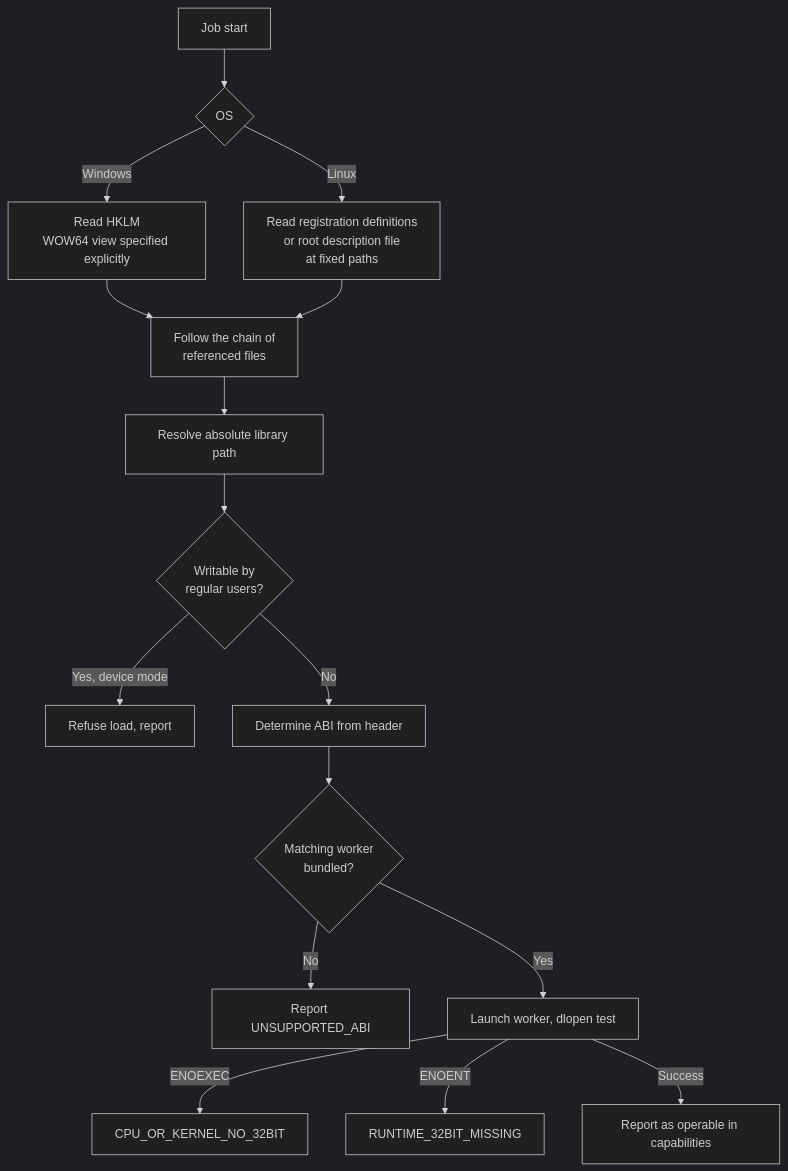
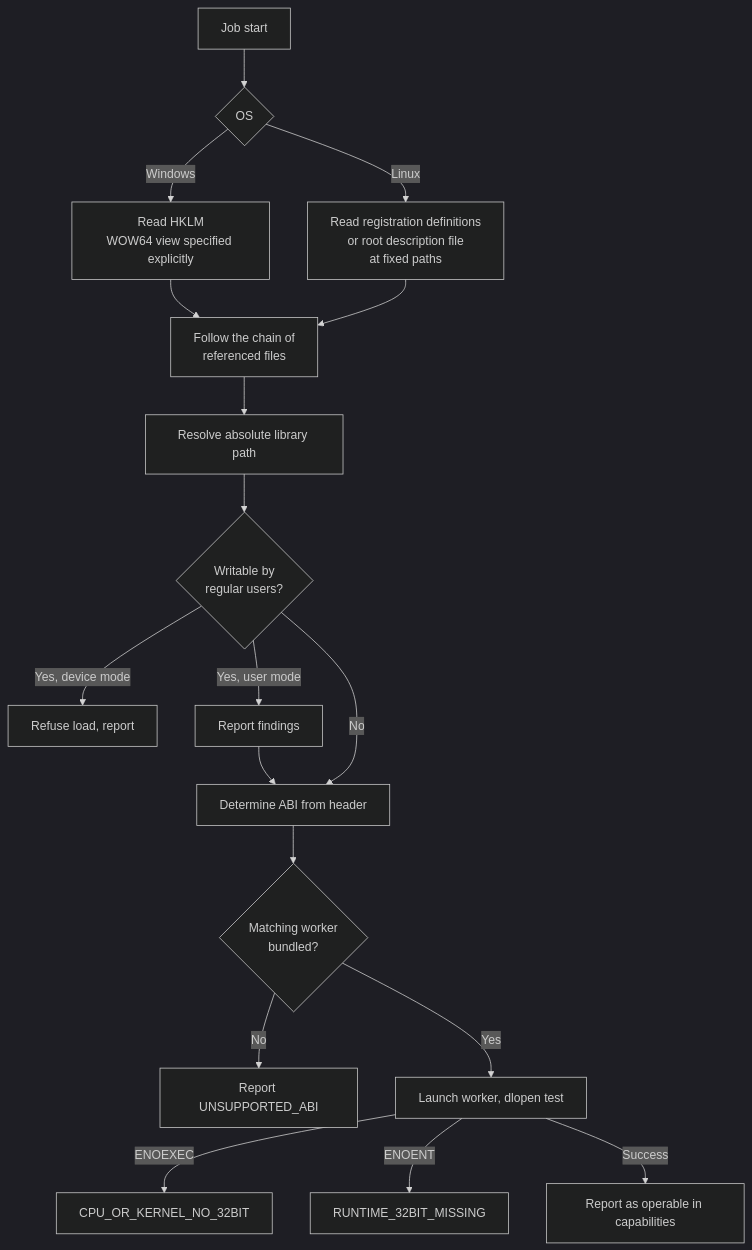
The fourth of 6 diagrams in docs/system-architecture.md (okayyoumay/nekoguruma), drawn with Mermaid (dark theme) before and after one commit. The commit also changed 5 other files, not shown here.

First line of the commit message:
ADR-281: selected handle in CLL and ComPrimitive events; user-mode flow edge

````diff
--- a/docs/system-architecture.md
+++ b/docs/system-architecture.md
@@ -638,18 +638,20 @@
 ```mermaid
 flowchart TD
     S["Job start"] --> OS{OS}
     OS -->|Windows| REG["Read HKLM<br/>WOW64 view specified explicitly"]
     OS -->|Linux| ENV["Read registration definitions<br/>or root description file<br/>at fixed paths"]
     REG --> CFG["Follow the chain of<br/>referenced files"]
     ENV --> CFG
     CFG --> PATH["Resolve absolute library path"]
     PATH --> ACL{"Writable by<br/>regular users?"}
     ACL -->|Yes, device mode| REJ["Refuse load, report"]
+    ACL -->|Yes, user mode| WARN["Report findings"]
+    WARN --> ABI
     ACL -->|No| ABI["Determine ABI from header"]
     ABI --> HAVE{"Matching worker<br/>bundled?"}
     HAVE -->|No| UNSUP["Report UNSUPPORTED_ABI"]
     HAVE -->|Yes| EXEC["Launch worker, dlopen test"]
     EXEC -->|ENOEXEC| NO32["CPU_OR_KERNEL_NO_32BIT"]
     EXEC -->|ENOENT| MISS["RUNTIME_32BIT_MISSING"]
     EXEC -->|Success| OK["Report as operable in capabilities"]
 ```
````
